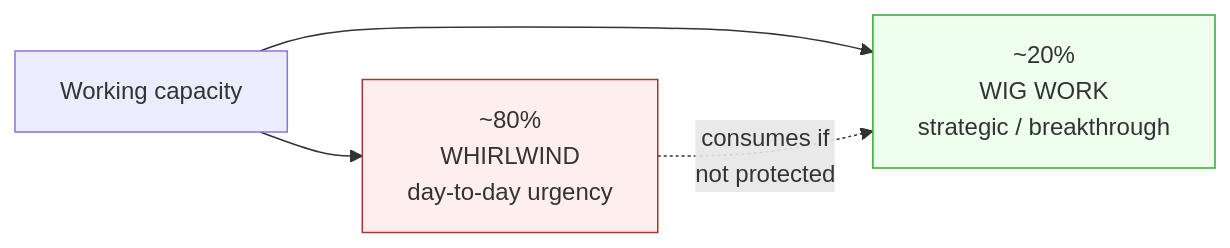
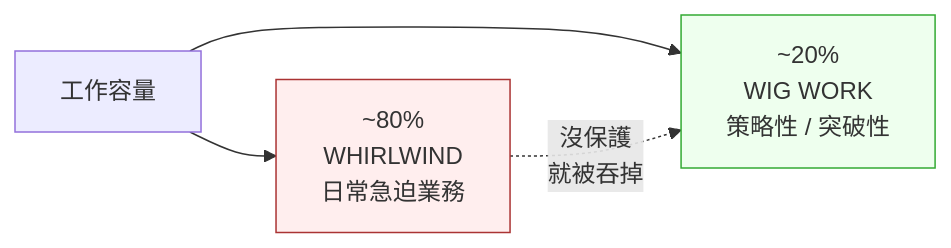
Before and after one commit to kouko/monkey-skills: the first of 2 diagrams in four-dx-coach/README.zh-TW.md, drawn with Mermaid. The commit also changed other lines of this file and 1 other file, not shown here.

````diff
--- a/four-dx-coach/README.zh-TW.md
+++ b/four-dx-coach/README.zh-TW.md
@@ -32,9 +32,9 @@
 ```mermaid
 flowchart LR
-    Time[Working capacity] --> Whirlwind["~80%<br/>WHIRLWIND<br/>day-to-day urgency"]
-    Time --> WIGwork["~20%<br/>WIG WORK<br/>strategic / breakthrough"]
-    Whirlwind -.->|consumes if<br/>not protected| WIGwork
+    Time[工作容量] --> Whirlwind["~80%<br/>WHIRLWIND<br/>日常急迫業務"]
+    Time --> WIGwork["~20%<br/>WIG WORK<br/>策略性 / 突破性"]
+    Whirlwind -.->|沒保護<br/>就被吞掉| WIGwork
 
     style Whirlwind fill:#fee,stroke:#a33
     style WIGwork fill:#efe,stroke:#3a3
 ```
````
